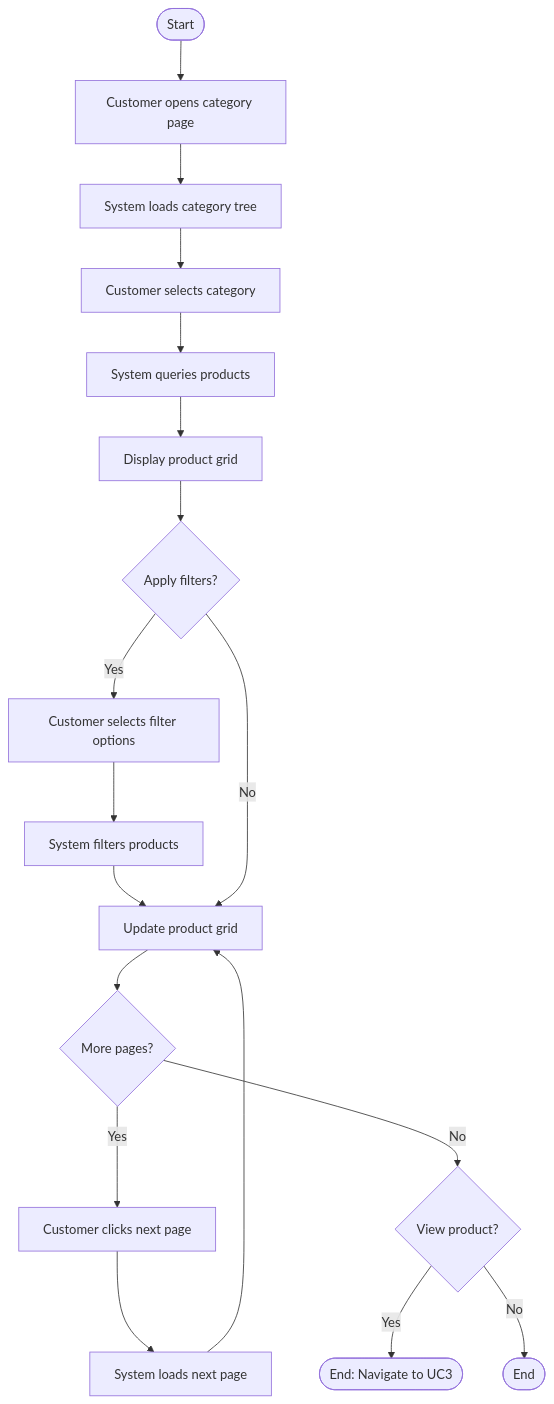
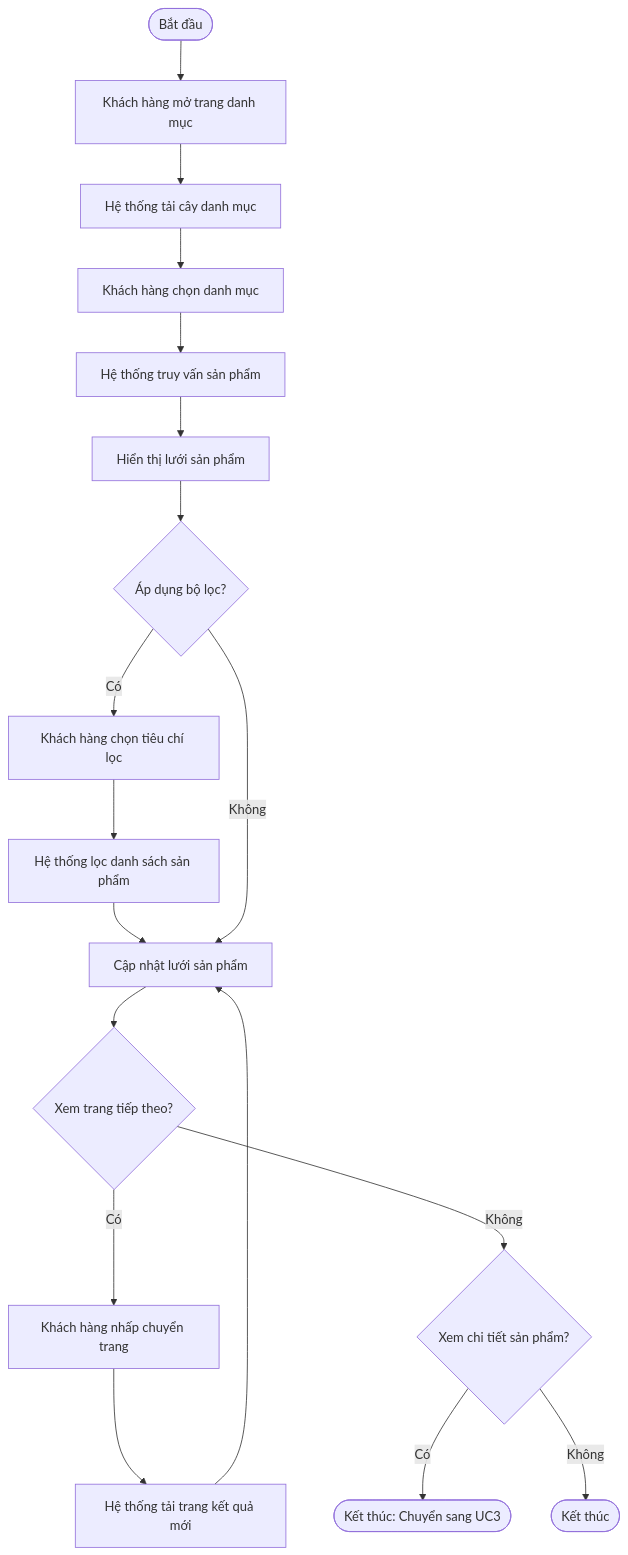
Before and after one commit to DanhTrannn/TLCN: the fourth of 57 diagrams in docs/design-analysis/OOSAD_ANALYSIS.md, drawn with Mermaid. The commit also changed other lines of this file, not shown here.

````diff
--- a/docs/design-analysis/OOSAD_ANALYSIS.md
+++ b/docs/design-analysis/OOSAD_ANALYSIS.md
@@ -734,20 +736,20 @@
 ```mermaid
 flowchart TD
-    Start([Start]) --> A[Customer opens category page]
-    A --> B[System loads category tree]
-    B --> C[Customer selects category]
-    C --> D[System queries products]
-    D --> E[Display product grid]
-    E --> F{Apply filters?}
-    F -->|Yes| G[Customer selects filter options]
-    G --> H[System filters products]
-    H --> I[Update product grid]
-    F -->|No| I
-    I --> J{More pages?}
-    J -->|Yes| K[Customer clicks next page]
-    K --> L[System loads next page]
+    Start([Bắt đầu]) --> A[Khách hàng mở trang danh mục]
+    A --> B[Hệ thống tải cây danh mục]
+    B --> C[Khách hàng chọn danh mục]
+    C --> D[Hệ thống truy vấn sản phẩm]
+    D --> E[Hiển thị lưới sản phẩm]
+    E --> F{Áp dụng bộ lọc?}
+    F -->|Có| G[Khách hàng chọn tiêu chí lọc]
+    G --> H[Hệ thống lọc danh sách sản phẩm]
+    H --> I[Cập nhật lưới sản phẩm]
+    F -->|Không| I
+    I --> J{Xem trang tiếp theo?}
+    J -->|Có| K[Khách hàng nhấp chuyển trang]
+    K --> L[Hệ thống tải trang kết quả mới]
     L --> I
-    J -->|No| M{View product?}
-    M -->|Yes| N([End: Navigate to UC3])
-    M -->|No| O([End])
+    J -->|Không| M{Xem chi tiết sản phẩm?}
+    M -->|Có| N([Kết thúc: Chuyển sang UC3])
+    M -->|Không| O([Kết thúc])
 ```
````
